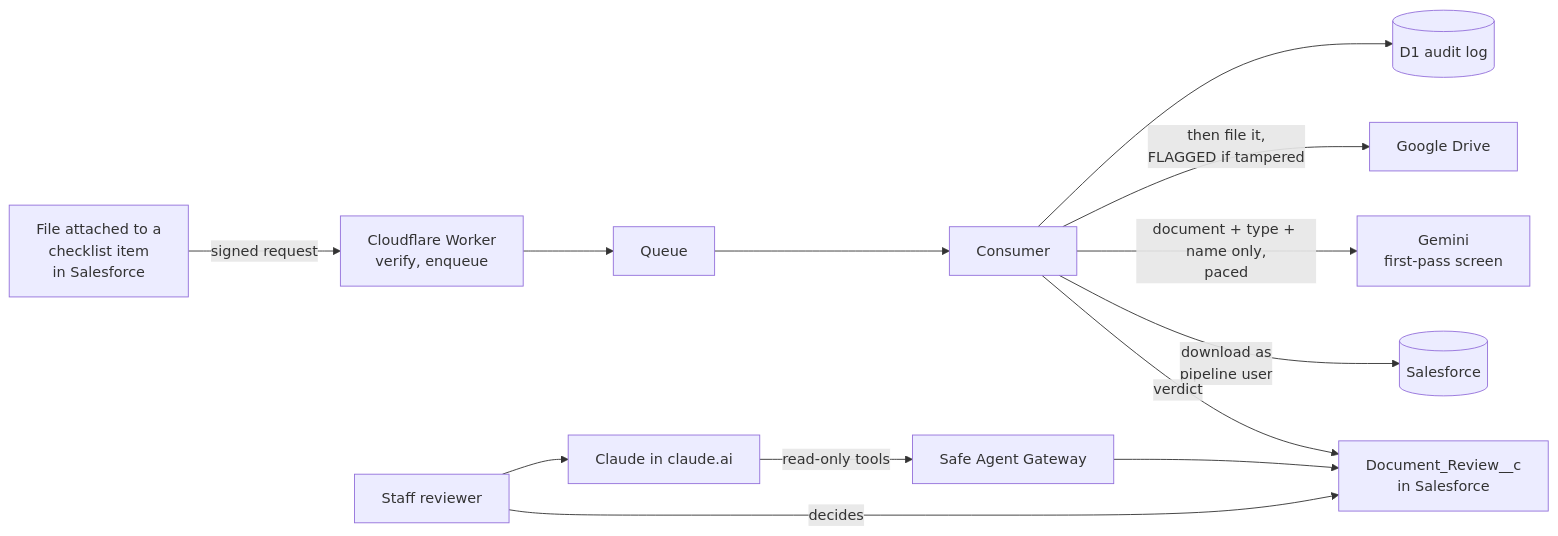
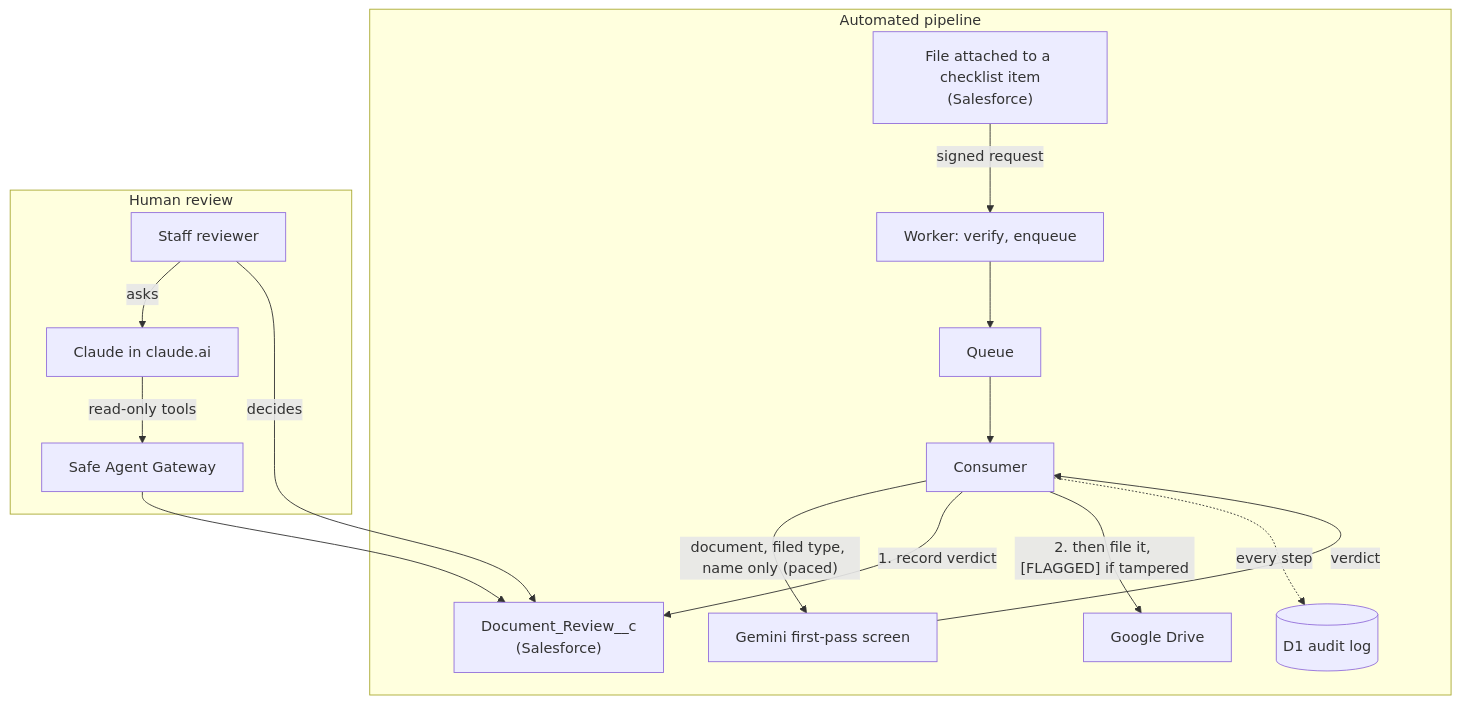
The diagram in README.md (LukeStuard/safe-document-intake), drawn with Mermaid before and after one commit.

Commit message:
README: clearer top-down architecture diagram

````diff
--- a/README.md
+++ b/README.md
@@ -39,15 +39,19 @@
 ```mermaid
-flowchart LR
-    A[File attached to a<br/>checklist item<br/>in Salesforce] -->|signed request| B[Cloudflare Worker<br/>verify, enqueue]
-    B --> C[Queue]
-    C --> D[Consumer]
-    D -->|download as<br/>pipeline user| SF[(Salesforce)]
-    D -->|document + type + name only,<br/>paced| G[Gemini<br/>first-pass screen]
-    D -->|verdict| R[Document_Review__c<br/>in Salesforce]
-    D -->|then file it,<br/>FLAGGED if tampered| DR[Google Drive]
-    D --> L[(D1 audit log)]
-    H[Staff reviewer] --> CL[Claude in claude.ai]
-    CL -->|read-only tools| GW[Safe Agent Gateway]
-    GW --> R
-    H -->|decides| R
+flowchart TD
+    subgraph pipeline["Automated pipeline"]
+        A["File attached to a checklist item<br/>(Salesforce)"] -->|signed request| B["Worker: verify, enqueue"]
+        B --> C["Queue"]
+        C --> D["Consumer"]
+        D -->|"document, filed type, name only (paced)"| G["Gemini first-pass screen"]
+        G -->|verdict| D
+        D -->|"1. record verdict"| R["Document_Review__c<br/>(Salesforce)"]
+        D -->|"2. then file it, [FLAGGED] if tampered"| DR["Google Drive"]
+        D -.->|every step| L[("D1 audit log")]
+    end
+    subgraph review["Human review"]
+        H["Staff reviewer"] -->|asks| CL["Claude in claude.ai"]
+        CL -->|read-only tools| GW["Safe Agent Gateway"]
+        GW --> R
+        H -->|decides| R
+    end
 ```
````
